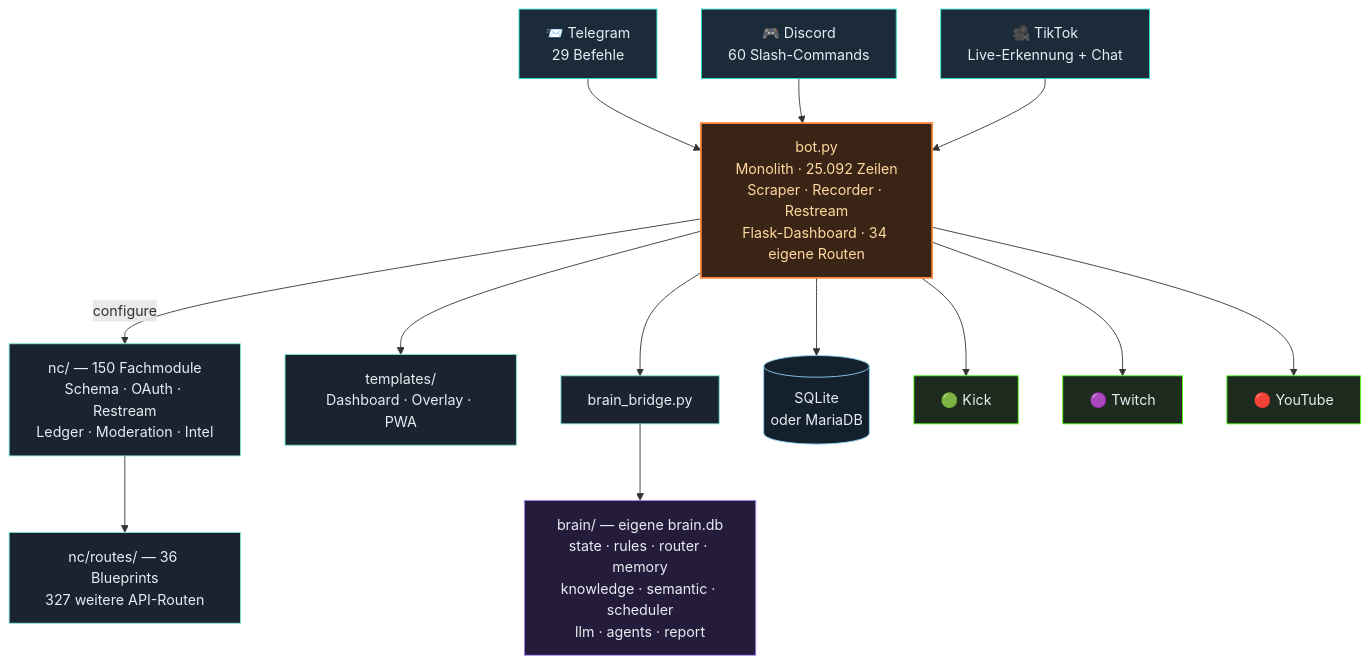
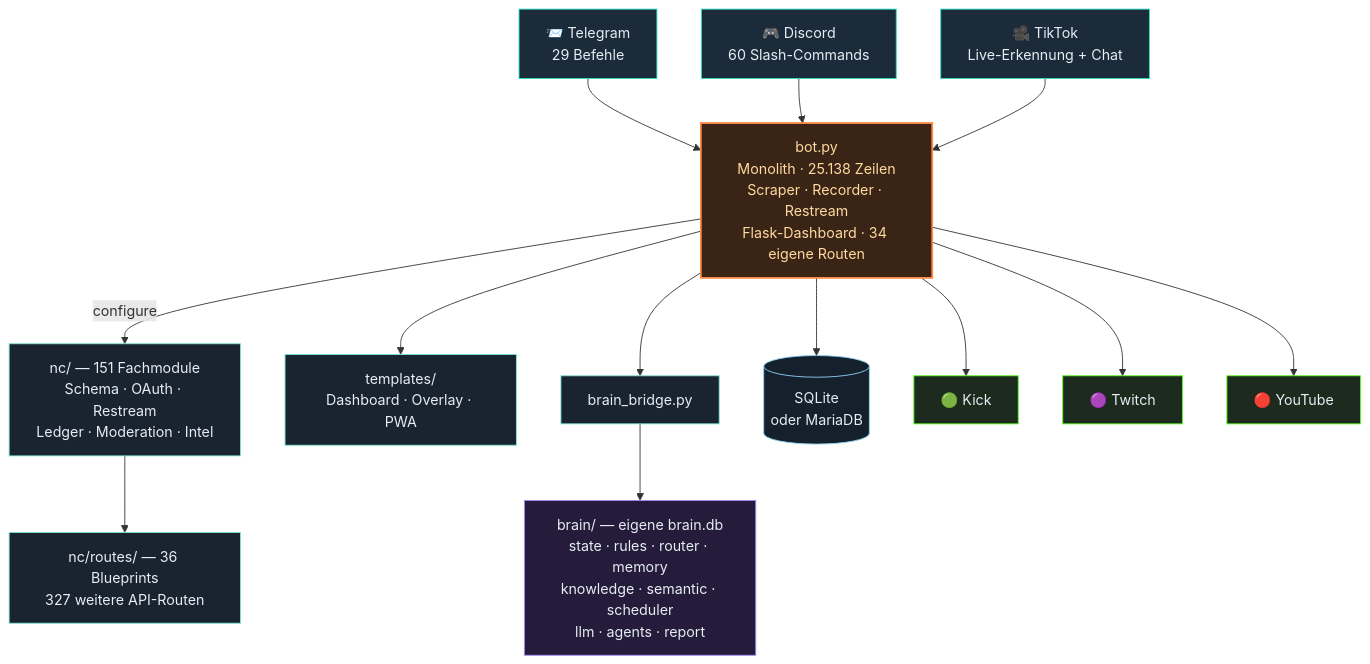
The third of 4 diagrams in README.md (itsamemedev/Telegram-Stream-Info-Bot), drawn with Mermaid before and after one commit. The commit also changed other lines of this file and 10 other files, not shown here.

````diff
--- a/README.md
+++ b/README.md
@@ -189,30 +189,30 @@
 ```mermaid
 flowchart TB
     TG["📨 Telegram<br/>29 Befehle"]:::ein
     DC["🎮 Discord<br/>60 Slash-Commands"]:::ein
     TT["🎥 TikTok<br/>Live-Erkennung + Chat"]:::ein
 
     TG --> BOT
     DC --> BOT
     TT --> BOT
 
-    BOT["bot.py<br/>Monolith · 25.092 Zeilen<br/>Scraper · Recorder · Restream<br/>Flask-Dashboard · 34 eigene Routen"]:::core
+    BOT["bot.py<br/>Monolith · 25.138 Zeilen<br/>Scraper · Recorder · Restream<br/>Flask-Dashboard · 34 eigene Routen"]:::core
 
-    BOT -->|configure| NC["nc/ — 150 Fachmodule<br/>Schema · OAuth · Restream<br/>Ledger · Moderation · Intel"]:::lib
+    BOT -->|configure| NC["nc/ — 151 Fachmodule<br/>Schema · OAuth · Restream<br/>Ledger · Moderation · Intel"]:::lib
     NC --> RT["nc/routes/ — 36 Blueprints<br/>327 weitere API-Routen"]:::lib
     BOT --> TPL["templates/<br/>Dashboard · Overlay · PWA"]:::lib
     BOT --> BR["brain_bridge.py"]:::lib
     BR --> BRAIN["brain/ — eigene brain.db<br/>state · rules · router · memory<br/>knowledge · semantic · scheduler<br/>llm · agents · report"]:::brain
     BOT --> DB[("SQLite<br/>oder MariaDB")]:::db
 
     BOT --> KICK["🟢 Kick"]:::out
     BOT --> TW["🟣 Twitch"]:::out
     BOT --> YT["🔴 YouTube"]:::out
 
     classDef ein fill:#1c2b3a,stroke:#2de1c2,color:#e6edf3
     classDef core fill:#3a2415,stroke:#ff8c42,stroke-width:2px,color:#ffd9a0
     classDef lib fill:#1a2430,stroke:#7fe7d4,color:#e6edf3
     classDef brain fill:#241c3a,stroke:#a78bfa,color:#e6edf3
     classDef db fill:#14202c,stroke:#8fd3f4,color:#e6edf3
     classDef out fill:#1c2b1e,stroke:#53fc18,color:#e6edf3
 ```
````
